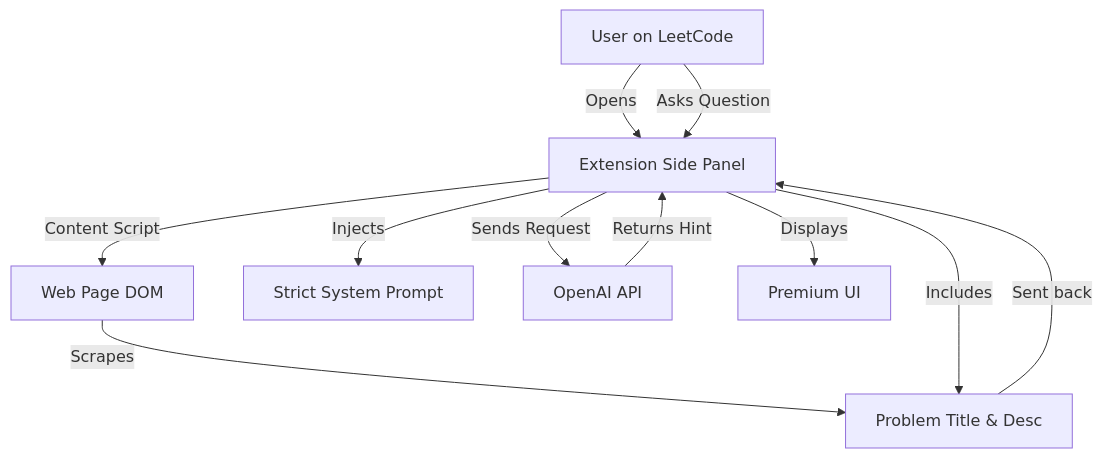
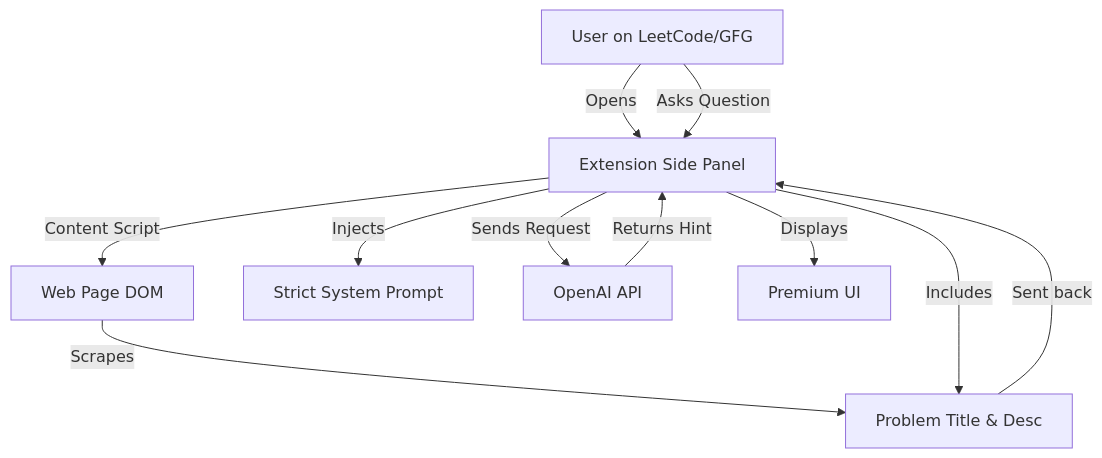
One commit to pritpatel2412/Student-Buddy changed the diagram in README.md. Above: the diagram before and after it, drawn with Mermaid. The commit also changed other lines of this file and 5 other files, not shown here.

````diff
--- a/README.md
+++ b/README.md
@@ -30,15 +67,15 @@
 ```mermaid
 graph TD
-    User[User on LeetCode] -->|Opens| Extension[Extension Side Panel]
+    User[User on LeetCode/GFG] -->|Opens| Extension[Extension Side Panel]
     Extension -->|Content Script| Page[Web Page DOM]
     Page -->|Scrapes| Context[Problem Title & Desc]
     Context -->|Sent back| Extension
     
     User -->|Asks Question| Extension
     Extension -->|Injects| SystemPrompt[Strict System Prompt]
     Extension -->|Includes| Context
     Extension -->|Sends Request| OpenAI[OpenAI API]
     
     OpenAI -->|Returns Hint| Extension
     Extension -->|Displays| UI[Premium UI]
 ```
````
